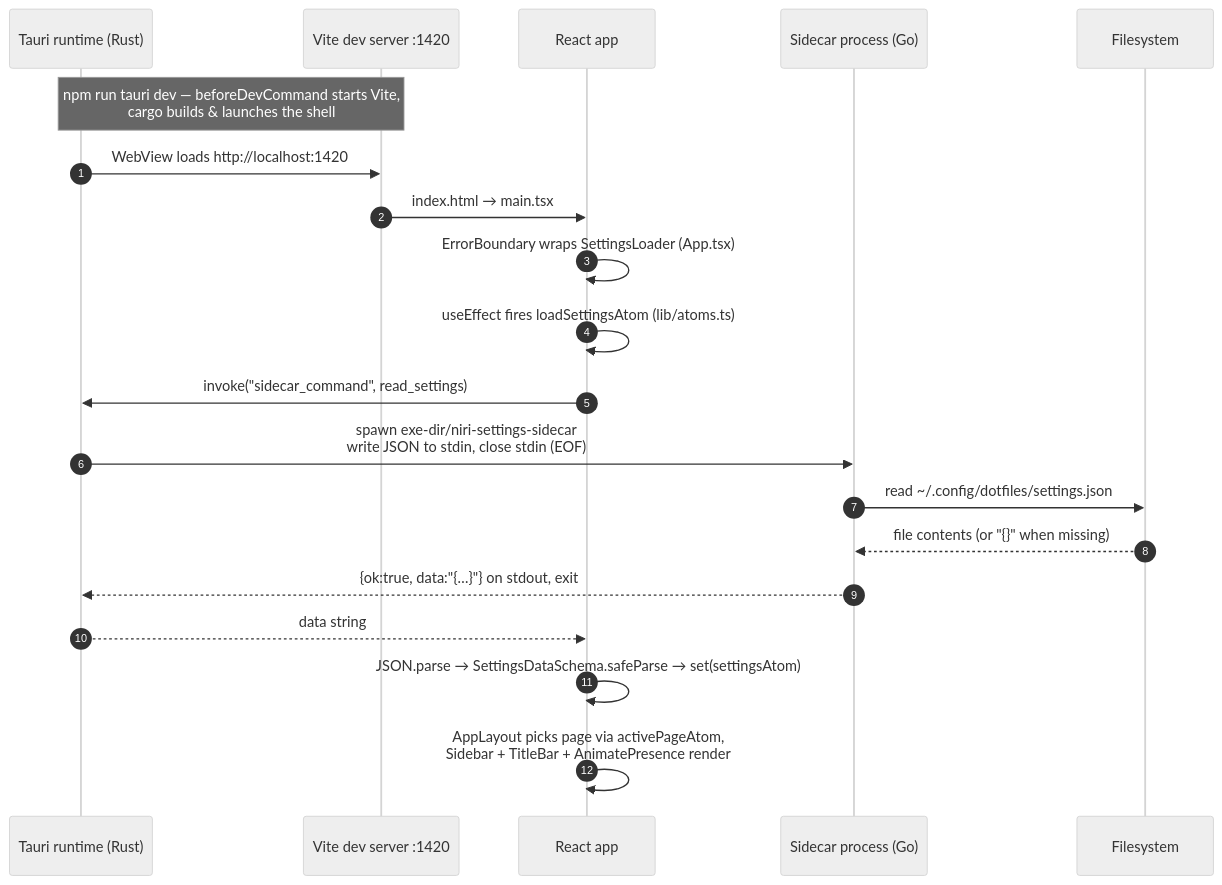
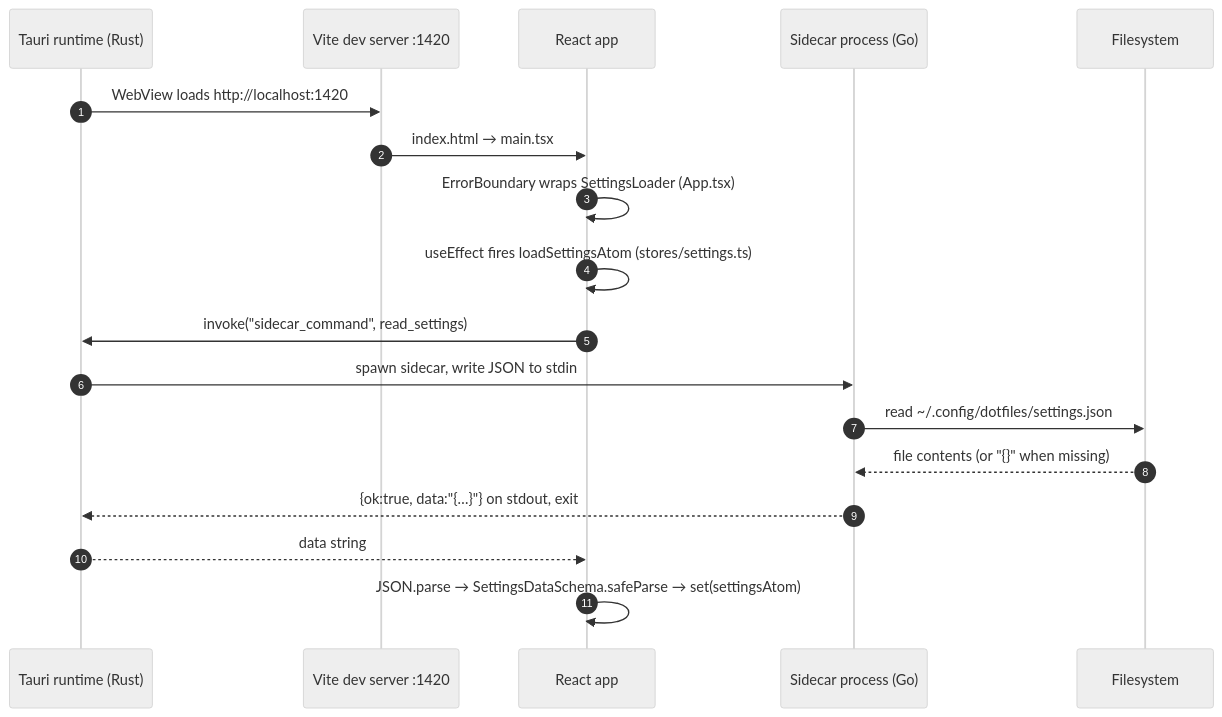
One commit to Lunga93/niri-settings changed the first of 3 diagrams in docs/02 Execution Flow.md. Above: the diagram before and after it, drawn with Mermaid (neutral theme). The commit also changed other lines of this file and 17 other files, not shown here.

````diff
--- a/docs/02 Execution Flow.md
+++ b/docs/02 Execution Flow.md
@@ -12,23 +9,21 @@
 ```mermaid
 sequenceDiagram
     autonumber
     participant T as Tauri runtime (Rust)
     participant V as Vite dev server :1420
     participant R as React app
     participant S as Sidecar process (Go)
     participant F as Filesystem
 
-    Note over T,V: npm run tauri dev — beforeDevCommand starts Vite,<br/>cargo builds & launches the shell
     T->>V: WebView loads http://localhost:1420
     V->>R: index.html → main.tsx
     R->>R: ErrorBoundary wraps SettingsLoader (App.tsx)
-    R->>R: useEffect fires loadSettingsAtom (lib/atoms.ts)
+    R->>R: useEffect fires loadSettingsAtom (stores/settings.ts)
     R->>T: invoke("sidecar_command", read_settings)
-    T->>S: spawn exe-dir/niri-settings-sidecar<br/>write JSON to stdin, close stdin (EOF)
+    T->>S: spawn sidecar, write JSON to stdin
     S->>F: read ~/.config/dotfiles/settings.json
     F-->>S: file contents (or "{}" when missing)
     S-->>T: {ok:true, data:"{…}"} on stdout, exit
     T-->>R: data string
     R->>R: JSON.parse → SettingsDataSchema.safeParse → set(settingsAtom)
-    R->>R: AppLayout picks page via activePageAtom,<br/>Sidebar + TitleBar + AnimatePresence render
 ```
````
